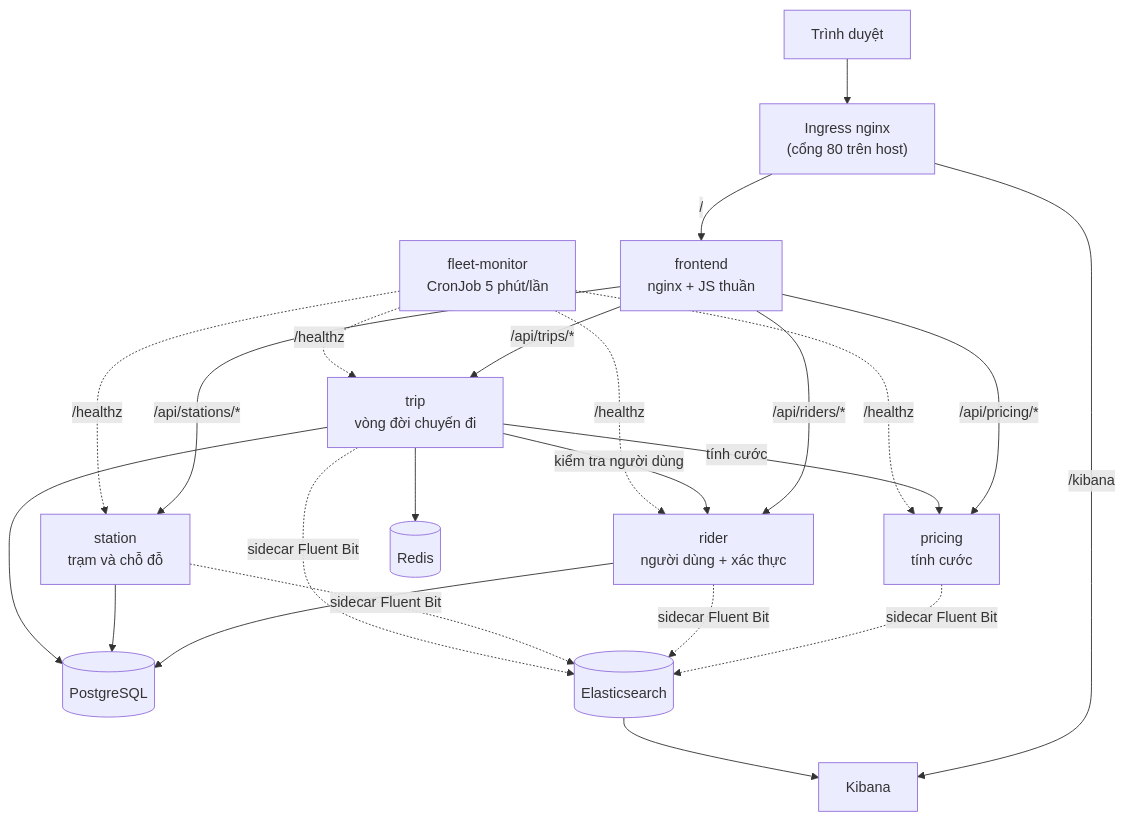
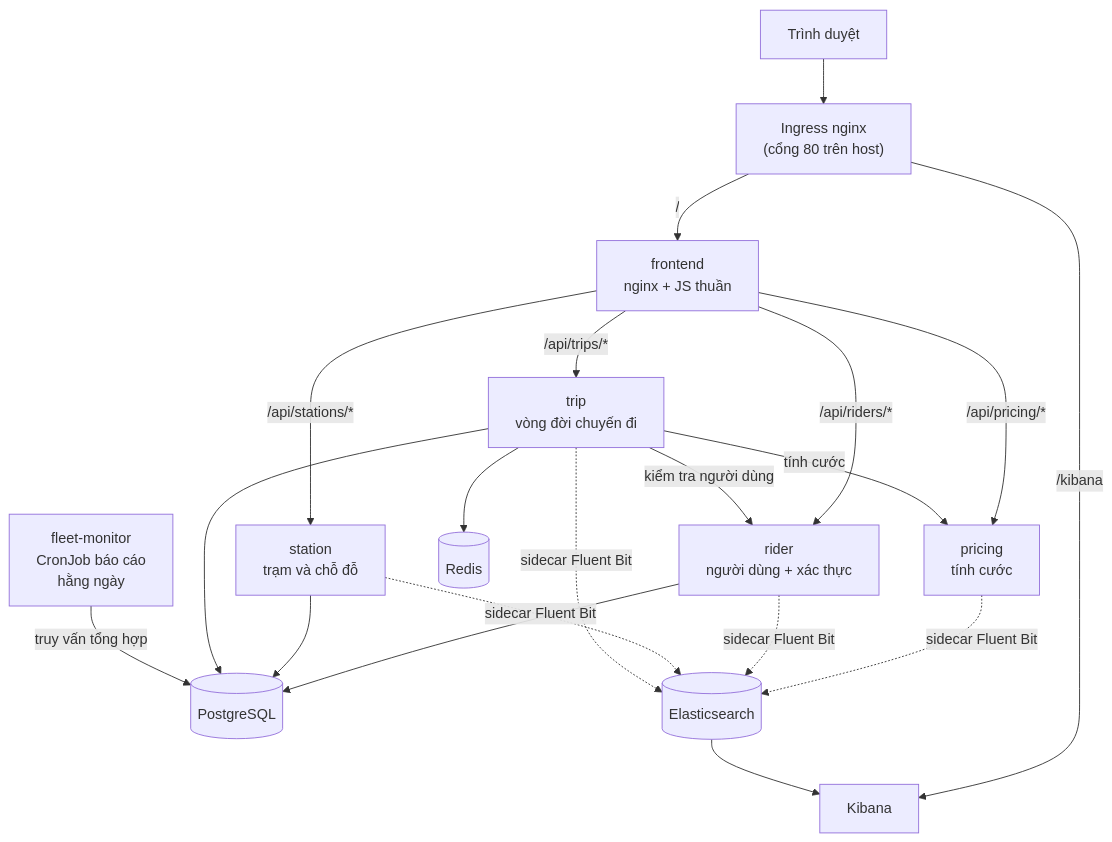
The diagram in README.md (hieulven/ckad-veloshare), drawn with Mermaid before and after one commit. The commit also changed other lines of this file and 7 other files, not shown here.

````diff
--- a/README.md
+++ b/README.md
@@ -56,24 +57,24 @@
 ```mermaid
 flowchart TB
     B["Trình duyệt"] --> ING["Ingress nginx<br/>(cổng 80 trên host)"]
     ING -->|"/"| FE["frontend<br/>nginx + JS thuần"]
     ING -->|"/kibana"| KB["Kibana"]
 
     FE -->|"/api/pricing/*"| PR["pricing<br/>tính cước"]
     FE -->|"/api/riders/*"| RD["rider<br/>người dùng + xác thực"]
     FE -->|"/api/stations/*"| ST["station<br/>trạm và chỗ đỗ"]
     FE -->|"/api/trips/*"| TR["trip<br/>vòng đời chuyến đi"]
 
     TR -->|"tính cước"| PR
     TR -->|"kiểm tra người dùng"| RD
     TR --> RDS[("Redis")]
 
     RD --> PG[("PostgreSQL")]
     ST --> PG
     TR --> PG
 
-    FM["fleet-monitor<br/>CronJob 5 phút/lần"] -.->|"/healthz"| PR & RD & ST & TR
+    FM["fleet-monitor<br/>CronJob báo cáo<br/>hằng ngày"] -->|"truy vấn tổng hợp"| PG
 
     PR & RD & ST & TR -.->|"sidecar Fluent Bit"| ES[("Elasticsearch")]
     ES --> KB
 ```
````
